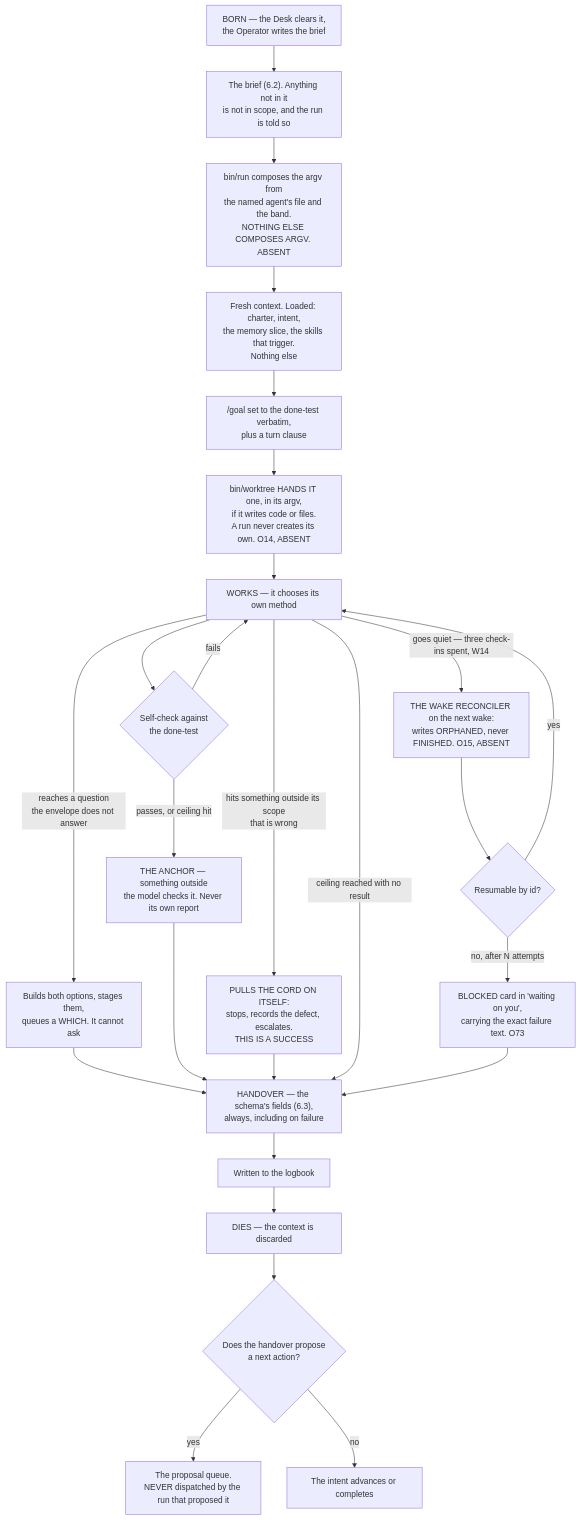
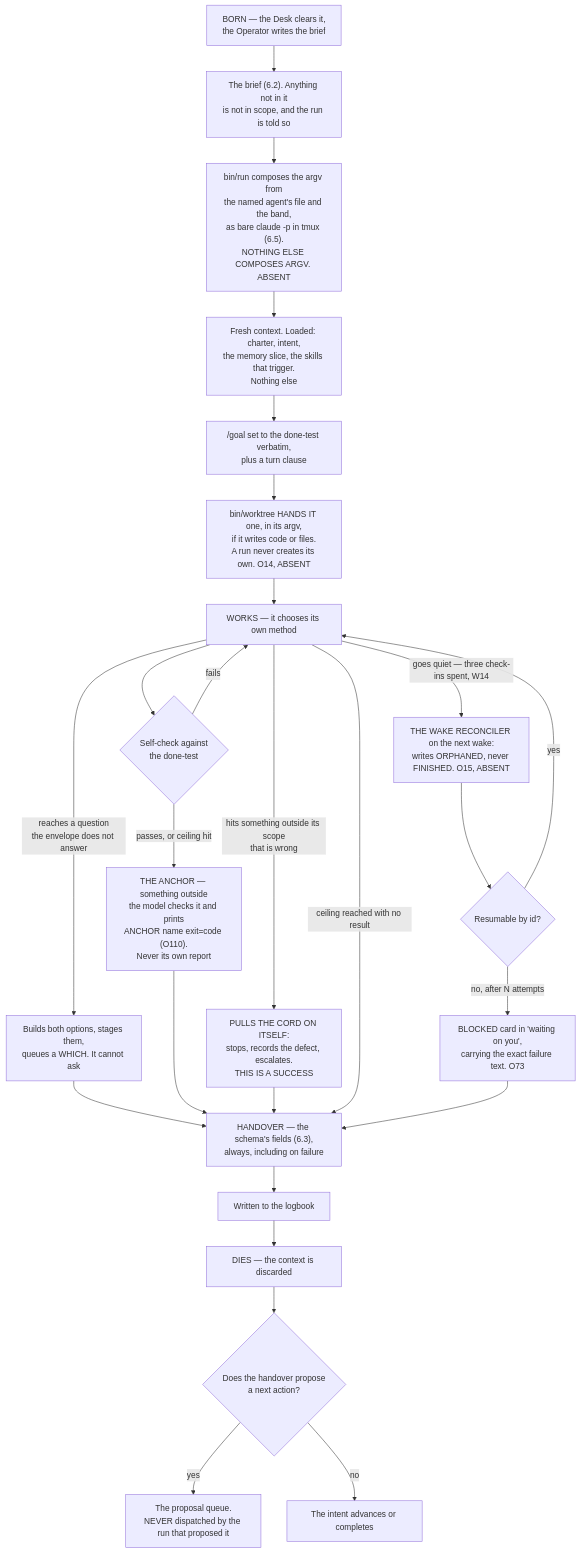
The diagram in docs/03-system-design/final-v2/parts/06-a-run.md (Adam077K/agentvibe), drawn with Mermaid before and after one commit. The commit also changed other lines of this file and 3 other files, not shown here.

````diff
--- a/docs/03-system-design/final-v2/parts/06-a-run.md
+++ b/docs/03-system-design/final-v2/parts/06-a-run.md
@@ -21,28 +21,28 @@
 ```mermaid
 flowchart TD
     BIRTH["BORN — the Desk clears it,<br/>the Operator writes the brief"] --> BRIEF
-    BRIEF["The brief (6.2). Anything not in it<br/>is not in scope, and the run is told so"] --> ARGV["bin/run composes the argv from<br/>the named agent's file and the band.<br/>NOTHING ELSE COMPOSES ARGV. ABSENT"]
+    BRIEF["The brief (6.2). Anything not in it<br/>is not in scope, and the run is told so"] --> ARGV["bin/run composes the argv from<br/>the named agent's file and the band,<br/>as bare claude -p in tmux (6.5).<br/>NOTHING ELSE COMPOSES ARGV. ABSENT"]
     ARGV --> CTX["Fresh context. Loaded: charter, intent,<br/>the memory slice, the skills that trigger.<br/>Nothing else"]
     CTX --> GOAL["/goal set to the done-test verbatim,<br/>plus a turn clause"]
     GOAL --> ISO["bin/worktree HANDS IT one, in its argv,<br/>if it writes code or files.<br/>A run never creates its own. O14, ABSENT"]
     ISO --> WORK["WORKS — it chooses its own method"]
     WORK --> SELF{"Self-check against<br/>the done-test"}
     SELF -->|"fails"| WORK
-    SELF -->|"passes, or ceiling hit"| ANCH["THE ANCHOR — something outside<br/>the model checks it. Never its own report"]
+    SELF -->|"passes, or ceiling hit"| ANCH["THE ANCHOR — something outside<br/>the model checks it and prints<br/>ANCHOR name exit=code (O110).<br/>Never its own report"]
     WORK -->|"hits something outside its scope<br/>that is wrong"| CORD["PULLS THE CORD ON ITSELF:<br/>stops, records the defect, escalates.<br/>THIS IS A SUCCESS"]
     WORK -->|"reaches a question<br/>the envelope does not answer"| STAGE["Builds both options, stages them,<br/>queues a WHICH. It cannot ask"]
     STAGE --> HAND
     ANCH --> HAND["HANDOVER — the schema's fields (6.3),<br/>always, including on failure"]
     CORD --> HAND
     WORK -->|"ceiling reached with no result"| HAND
     WORK -->|"goes quiet — three check-ins spent, W14"| ORPH["THE WAKE RECONCILER on the next wake:<br/>writes ORPHANED, never FINISHED. O15, ABSENT"]
     ORPH --> RES{"Resumable by id?"}
     RES -->|"yes"| WORK
     RES -->|"no, after N attempts"| BLK["BLOCKED card in 'waiting on you',<br/>carrying the exact failure text. O73"]
     BLK --> HAND
     HAND --> LOG["Written to the logbook"]
     LOG --> DIE["DIES — the context is discarded"]
     DIE --> NEXT{"Does the handover propose<br/>a next action?"}
     NEXT -->|"yes"| Q["The proposal queue.<br/>NEVER dispatched by the run that proposed it"]
     NEXT -->|"no"| END["The intent advances or completes"]
 ```
````
